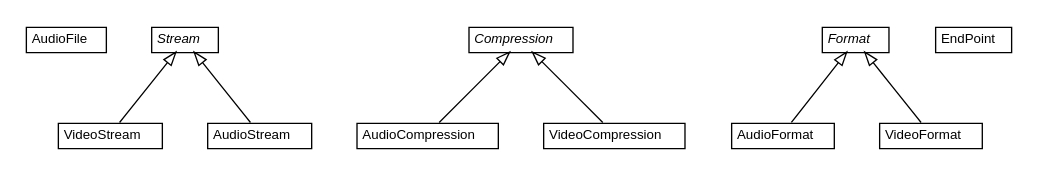
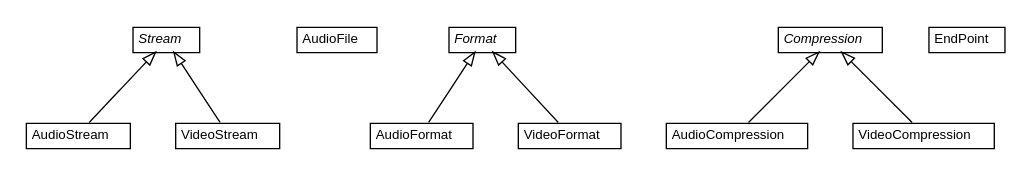
Before and after one commit to universAAL/ontology: the diagram in ont.pom/apidocs/org/universAAL/ontology/av/streaming/org.universAAL.ontology.av.streaming.dot, drawn with Graphviz. The commit also changed 1306 other files, not shown here.

```diff
--- a/ont.pom/apidocs/org/universAAL/ontology/av/streaming/org.universAAL.ontology.av.streaming.dot
+++ b/ont.pom/apidocs/org/universAAL/ontology/av/streaming/org.universAAL.ontology.av.streaming.dot
@@ -1,90 +1,90 @@
 #!/usr/local/bin/dot
 #
 # Class diagram 
 # Generated by UMLGraph version R5_6-24-gf6e263 (http://www.umlgraph.org/)
 #
 
 digraph G {
 	edge [fontname="Helvetica",fontsize=10,labelfontname="Helvetica",labelfontsize=10];
 	node [fontname="Helvetica",fontsize=10,shape=plaintext];
 	nodesep=0.25;
 	ranksep=0.5;
+	// org.universAAL.ontology.av.streaming.AudioStream
+	c13206 [label=<<table title="org.universAAL.ontology.av.streaming.AudioStream" border="0" cellborder="1" cellspacing="0" cellpadding="2" port="p" href="./AudioStream.html">
+		<tr><td><table border="0" cellspacing="0" cellpadding="1">
+<tr><td align="center" balign="center"> AudioStream </td></tr>
+		</table></td></tr>
+		</table>>, URL="./AudioStream.html", fontname="Helvetica", fontcolor="black", fontsize=10.0];
+	// org.universAAL.ontology.av.streaming.VideoStream
+	c13207 [label=<<table title="org.universAAL.ontology.av.streaming.VideoStream" border="0" cellborder="1" cellspacing="0" cellpadding="2" port="p" href="./VideoStream.html">
+		<tr><td><table border="0" cellspacing="0" cellpadding="1">
+<tr><td align="center" balign="center"> VideoStream </td></tr>
+		</table></td></tr>
+		</table>>, URL="./VideoStream.html", fontname="Helvetica", fontcolor="black", fontsize=10.0];
 	// org.universAAL.ontology.av.streaming.AudioFile
-	c14444 [label=<<table title="org.universAAL.ontology.av.streaming.AudioFile" border="0" cellborder="1" cellspacing="0" cellpadding="2" port="p" href="./AudioFile.html">
+	c13208 [label=<<table title="org.universAAL.ontology.av.streaming.AudioFile" border="0" cellborder="1" cellspacing="0" cellpadding="2" port="p" href="./AudioFile.html">
 		<tr><td><table border="0" cellspacing="0" cellpadding="1">
 <tr><td align="center" balign="center"> AudioFile </td></tr>
 		</table></td></tr>
 		</table>>, URL="./AudioFile.html", fontname="Helvetica", fontcolor="black", fontsize=10.0];
-	// org.universAAL.ontology.av.streaming.VideoStream
-	c14445 [label=<<table title="org.universAAL.ontology.av.streaming.VideoStream" border="0" cellborder="1" cellspacing="0" cellpadding="2" port="p" href="./VideoStream.html">
+	// org.universAAL.ontology.av.streaming.Format
+	c13209 [label=<<table title="org.universAAL.ontology.av.streaming.Format" border="0" cellborder="1" cellspacing="0" cellpadding="2" port="p" href="./Format.html">
 		<tr><td><table border="0" cellspacing="0" cellpadding="1">
-<tr><td align="center" balign="center"> VideoStream </td></tr>
+<tr><td align="center" balign="center"><font face="Helvetica-Oblique"> Format </font></td></tr>
 		</table></td></tr>
-		</table>>, URL="./VideoStream.html", fontname="Helvetica", fontcolor="black", fontsize=10.0];
-	// org.universAAL.ontology.av.streaming.AudioCompression
-	c14446 [label=<<table title="org.universAAL.ontology.av.streaming.AudioCompression" border="0" cellborder="1" cellspacing="0" cellpadding="2" port="p" href="./AudioCompression.html">
-		<tr><td><table border="0" cellspacing="0" cellpadding="1">
-<tr><td align="center" balign="center"> AudioCompression </td></tr>
-		</table></td></tr>
-		</table>>, URL="./AudioCompression.html", fontname="Helvetica", fontcolor="black", fontsize=10.0];
+		</table>>, URL="./Format.html", fontname="Helvetica", fontcolor="black", fontsize=10.0];
 	// org.universAAL.ontology.av.streaming.AudioFormat
-	c14447 [label=<<table title="org.universAAL.ontology.av.streaming.AudioFormat" border="0" cellborder="1" cellspacing="0" cellpadding="2" port="p" href="./AudioFormat.html">
+	c13210 [label=<<table title="org.universAAL.ontology.av.streaming.AudioFormat" border="0" cellborder="1" cellspacing="0" cellpadding="2" port="p" href="./AudioFormat.html">
 		<tr><td><table border="0" cellspacing="0" cellpadding="1">
 <tr><td align="center" balign="center"> AudioFormat </td></tr>
 		</table></td></tr>
 		</table>>, URL="./AudioFormat.html", fontname="Helvetica", fontcolor="black", fontsize=10.0];
 	// org.universAAL.ontology.av.streaming.Stream
-	c14448 [label=<<table title="org.universAAL.ontology.av.streaming.Stream" border="0" cellborder="1" cellspacing="0" cellpadding="2" port="p" href="./Stream.html">
+	c13211 [label=<<table title="org.universAAL.ontology.av.streaming.Stream" border="0" cellborder="1" cellspacing="0" cellpadding="2" port="p" href="./Stream.html">
 		<tr><td><table border="0" cellspacing="0" cellpadding="1">
 <tr><td align="center" balign="center"><font face="Helvetica-Oblique"> Stream </font></td></tr>
 		</table></td></tr>
 		</table>>, URL="./Stream.html", fontname="Helvetica", fontcolor="black", fontsize=10.0];
-	// org.universAAL.ontology.av.streaming.AudioStream
-	c14449 [label=<<table title="org.universAAL.ontology.av.streaming.AudioStream" border="0" cellborder="1" cellspacing="0" cellpadding="2" port="p" href="./AudioStream.html">
+	// org.universAAL.ontology.av.streaming.Compression
+	c13212 [label=<<table title="org.universAAL.ontology.av.streaming.Compression" border="0" cellborder="1" cellspacing="0" cellpadding="2" port="p" href="./Compression.html">
 		<tr><td><table border="0" cellspacing="0" cellpadding="1">
-<tr><td align="center" balign="center"> AudioStream </td></tr>
+<tr><td align="center" balign="center"><font face="Helvetica-Oblique"> Compression </font></td></tr>
 		</table></td></tr>
-		</table>>, URL="./AudioStream.html", fontname="Helvetica", fontcolor="black", fontsize=10.0];
+		</table>>, URL="./Compression.html", fontname="Helvetica", fontcolor="black", fontsize=10.0];
 	// org.universAAL.ontology.av.streaming.VideoFormat
-	c14450 [label=<<table title="org.universAAL.ontology.av.streaming.VideoFormat" border="0" cellborder="1" cellspacing="0" cellpadding="2" port="p" href="./VideoFormat.html">
+	c13213 [label=<<table title="org.universAAL.ontology.av.streaming.VideoFormat" border="0" cellborder="1" cellspacing="0" cellpadding="2" port="p" href="./VideoFormat.html">
 		<tr><td><table border="0" cellspacing="0" cellpadding="1">
 <tr><td align="center" balign="center"> VideoFormat </td></tr>
 		</table></td></tr>
 		</table>>, URL="./VideoFormat.html", fontname="Helvetica", fontcolor="black", fontsize=10.0];
 	// org.universAAL.ontology.av.streaming.EndPoint
-	c14451 [label=<<table title="org.universAAL.ontology.av.streaming.EndPoint" border="0" cellborder="1" cellspacing="0" cellpadding="2" port="p" href="./EndPoint.html">
+	c13214 [label=<<table title="org.universAAL.ontology.av.streaming.EndPoint" border="0" cellborder="1" cellspacing="0" cellpadding="2" port="p" href="./EndPoint.html">
 		<tr><td><table border="0" cellspacing="0" cellpadding="1">
 <tr><td align="center" balign="center"> EndPoint </td></tr>
 		</table></td></tr>
 		</table>>, URL="./EndPoint.html", fontname="Helvetica", fontcolor="black", fontsize=10.0];
-	// org.universAAL.ontology.av.streaming.Format
-	c14452 [label=<<table title="org.universAAL.ontology.av.streaming.Format" border="0" cellborder="1" cellspacing="0" cellpadding="2" port="p" href="./Format.html">
+	// org.universAAL.ontology.av.streaming.AudioCompression
+	c13215 [label=<<table title="org.universAAL.ontology.av.streaming.AudioCompression" border="0" cellborder="1" cellspacing="0" cellpadding="2" port="p" href="./AudioCompression.html">
 		<tr><td><table border="0" cellspacing="0" cellpadding="1">
-<tr><td align="center" balign="center"><font face="Helvetica-Oblique"> Format </font></td></tr>
+<tr><td align="center" balign="center"> AudioCompression </td></tr>
 		</table></td></tr>
-		</table>>, URL="./Format.html", fontname="Helvetica", fontcolor="black", fontsize=10.0];
-	// org.universAAL.ontology.av.streaming.Compression
-	c14453 [label=<<table title="org.universAAL.ontology.av.streaming.Compression" border="0" cellborder="1" cellspacing="0" cellpadding="2" port="p" href="./Compression.html">
-		<tr><td><table border="0" cellspacing="0" cellpadding="1">
-<tr><td align="center" balign="center"><font face="Helvetica-Oblique"> Compression </font></td></tr>
-		</table></td></tr>
-		</table>>, URL="./Compression.html", fontname="Helvetica", fontcolor="black", fontsize=10.0];
+		</table>>, URL="./AudioCompression.html", fontname="Helvetica", fontcolor="black", fontsize=10.0];
 	// org.universAAL.ontology.av.streaming.VideoCompression
-	c14454 [label=<<table title="org.universAAL.ontology.av.streaming.VideoCompression" border="0" cellborder="1" cellspacing="0" cellpadding="2" port="p" href="./VideoCompression.html">
+	c13216 [label=<<table title="org.universAAL.ontology.av.streaming.VideoCompression" border="0" cellborder="1" cellspacing="0" cellpadding="2" port="p" href="./VideoCompression.html">
 		<tr><td><table border="0" cellspacing="0" cellpadding="1">
 <tr><td align="center" balign="center"> VideoCompression </td></tr>
 		</table></td></tr>
 		</table>>, URL="./VideoCompression.html", fontname="Helvetica", fontcolor="black", fontsize=10.0];
+	//org.universAAL.ontology.av.streaming.AudioStream extends org.universAAL.ontology.av.streaming.Stream
+	c13211:p -> c13206:p [dir=back,arrowtail=empty];
 	//org.universAAL.ontology.av.streaming.VideoStream extends org.universAAL.ontology.av.streaming.Stream
-	c14448:p -> c14445:p [dir=back,arrowtail=empty];
+	c13211:p -> c13207:p [dir=back,arrowtail=empty];
+	//org.universAAL.ontology.av.streaming.AudioFormat extends org.universAAL.ontology.av.streaming.Format
+	c13209:p -> c13210:p [dir=back,arrowtail=empty];
+	//org.universAAL.ontology.av.streaming.VideoFormat extends org.universAAL.ontology.av.streaming.Format
+	c13209:p -> c13213:p [dir=back,arrowtail=empty];
 	//org.universAAL.ontology.av.streaming.AudioCompression extends org.universAAL.ontology.av.streaming.Compression
-	c14453:p -> c14446:p [dir=back,arrowtail=empty];
-	//org.universAAL.ontology.av.streaming.AudioFormat extends org.universAAL.ontology.av.streaming.Format
-	c14452:p -> c14447:p [dir=back,arrowtail=empty];
-	//org.universAAL.ontology.av.streaming.AudioStream extends org.universAAL.ontology.av.streaming.Stream
-	c14448:p -> c14449:p [dir=back,arrowtail=empty];
-	//org.universAAL.ontology.av.streaming.VideoFormat extends org.universAAL.ontology.av.streaming.Format
-	c14452:p -> c14450:p [dir=back,arrowtail=empty];
+	c13212:p -> c13215:p [dir=back,arrowtail=empty];
 	//org.universAAL.ontology.av.streaming.VideoCompression extends org.universAAL.ontology.av.streaming.Compression
-	c14453:p -> c14454:p [dir=back,arrowtail=empty];
+	c13212:p -> c13216:p [dir=back,arrowtail=empty];
 }
```
